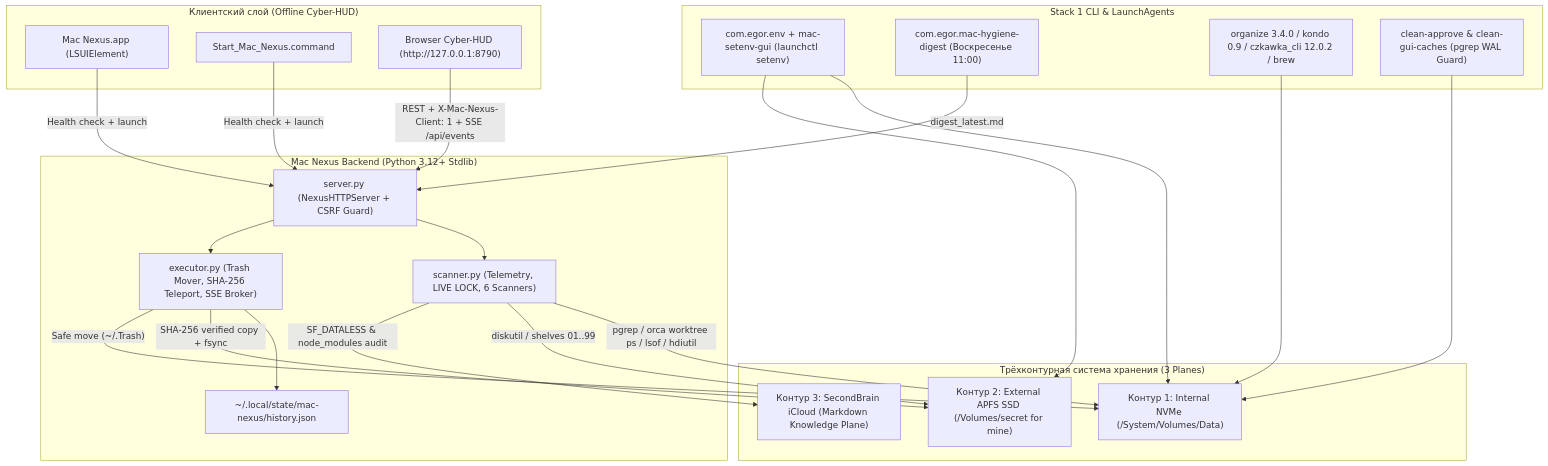
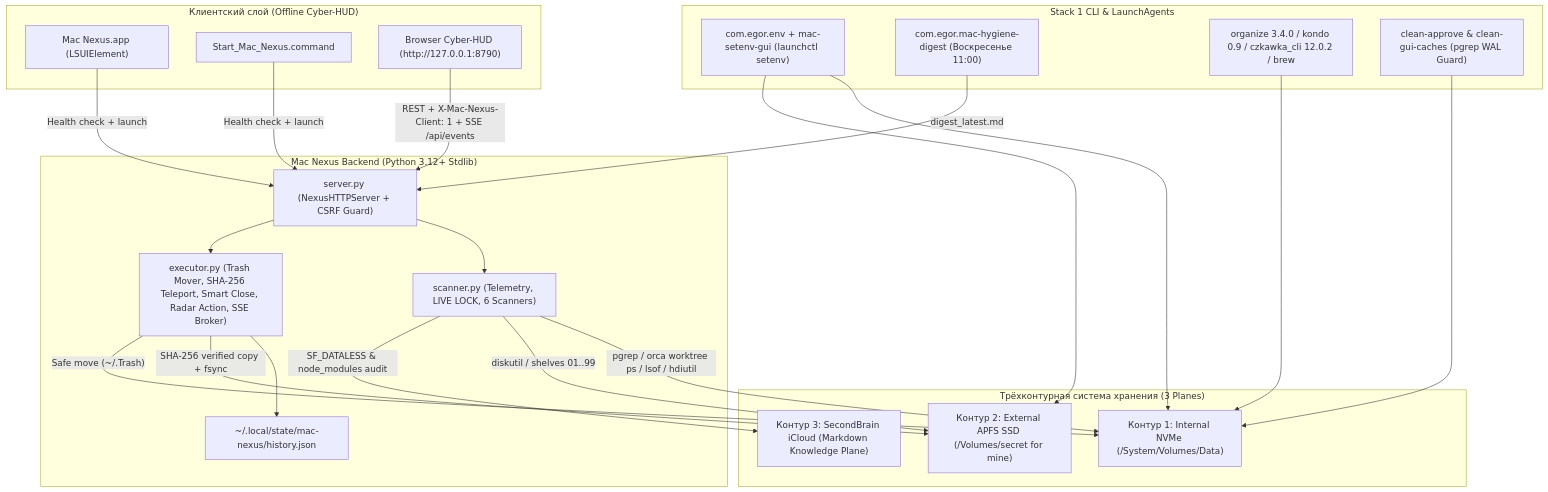
One commit to 1esan/mac-nexus changed the diagram in README.md. Above: the diagram before and after it, drawn with Mermaid. The commit also changed other lines of this file and 17 other files, not shown here.

````diff
--- a/README.md
+++ b/README.md
@@ -11,45 +11,45 @@
 ```mermaid
 flowchart TB
     subgraph Client["Клиентский слой (Offline Cyber-HUD)"]
         APP["Mac Nexus.app (LSUIElement)"]
         CMD["Start_Mac_Nexus.command"]
         HUD["Browser Cyber-HUD (http://127.0.0.1:8790)"]
     end
 
     subgraph Backend["Mac Nexus Backend (Python 3.12+ Stdlib)"]
         SRV["server.py (NexusHTTPServer + CSRF Guard)"]
         SCN["scanner.py (Telemetry, LIVE LOCK, 6 Scanners)"]
-        EXC["executor.py (Trash Mover, SHA-256 Teleport, SSE Broker)"]
+        EXC["executor.py (Trash Mover, SHA-256 Teleport, Smart Close, Radar Action, SSE Broker)"]
         HIST["~/.local/state/mac-nexus/history.json"]
     end
 
     subgraph HostAuto["Stack 1 CLI & LaunchAgents"]
         ENV["com.egor.env + mac-setenv-gui (launchctl setenv)"]
         DIG["com.egor.mac-hygiene-digest (Воскресенье 11:00)"]
         CLI["organize 3.4.0 / kondo 0.9 / czkawka_cli 12.0.2 / brew"]
         SCRIPTS["clean-approve & clean-gui-caches (pgrep WAL Guard)"]
     end
 
     subgraph Planes["Трёхконтурная система хранения (3 Planes)"]
         P1["Контур 1: Internal NVMe (/System/Volumes/Data)"]
         P2["Контур 2: External APFS SSD (/Volumes/secret for mine)"]
         P3["Контур 3: SecondBrain iCloud (Markdown Knowledge Plane)"]
     end
 
     APP -->|"Health check + launch"| SRV
     CMD -->|"Health check + launch"| SRV
     HUD -->|"REST + X-Mac-Nexus-Client: 1 + SSE /api/events"| SRV
     SRV --> SCN
     SRV --> EXC
     EXC --> HIST
     SCN -->|"pgrep / orca worktree ps / lsof / hdiutil"| P1
     SCN -->|"diskutil / shelves 01..99"| P2
     SCN -->|"SF_DATALESS & node_modules audit"| P3
     EXC -->|"SHA-256 verified copy + fsync"| P2
     EXC -->|"Safe move (~/.Trash)"| P1
     DIG -->|"digest_latest.md"| SRV
     ENV --> P1
     ENV --> P2
     CLI --> P1
     SCRIPTS --> P1
 ```
````
